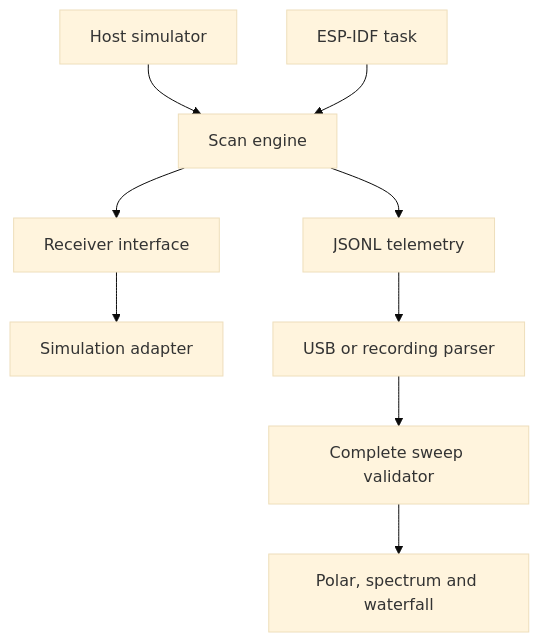
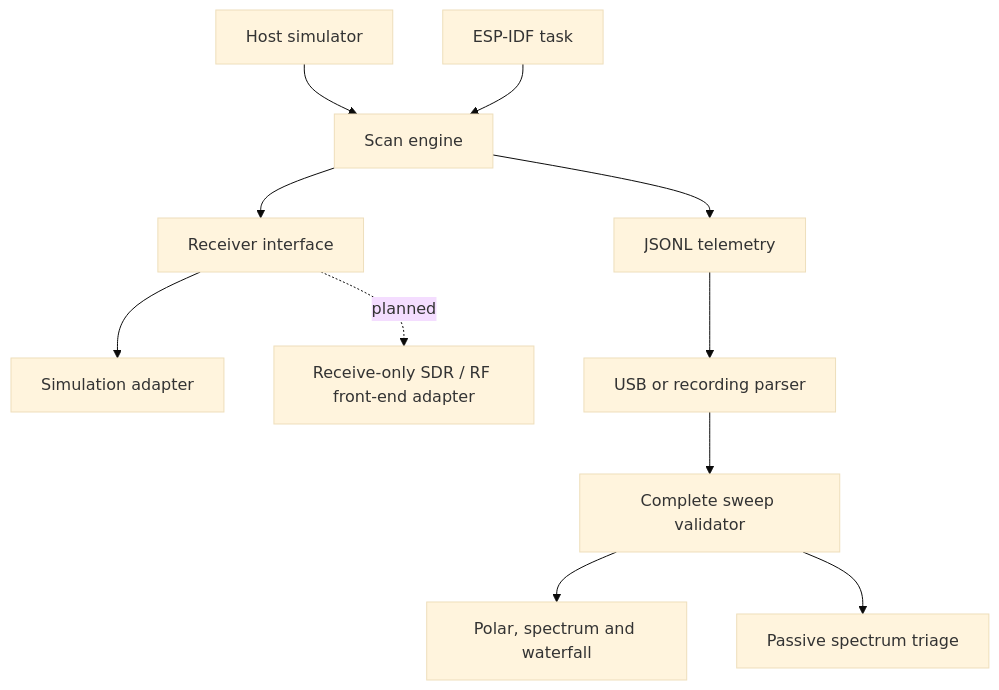
One commit to minhduchd-mds/esp32-rf-high-frequency changed the diagram in docs/architecture.md. Above: the diagram before and after it, drawn with Mermaid (base theme). The commit also changed other lines of this file and 9 other files, not shown here.

````diff
--- a/docs/architecture.md
+++ b/docs/architecture.md
@@ -7,11 +7,13 @@
 ```mermaid
 flowchart TD
   A[Host simulator] --> C[Scan engine]
   B[ESP-IDF task] --> C
   C --> D[Receiver interface]
   D --> E[Simulation adapter]
+  D -. planned .-> J[Receive-only SDR / RF front-end adapter]
   C --> F[JSONL telemetry]
   F --> G[USB or recording parser]
   G --> H[Complete sweep validator]
   H --> I[Polar, spectrum and waterfall]
+  H --> K[Passive spectrum triage]
 ```
````
